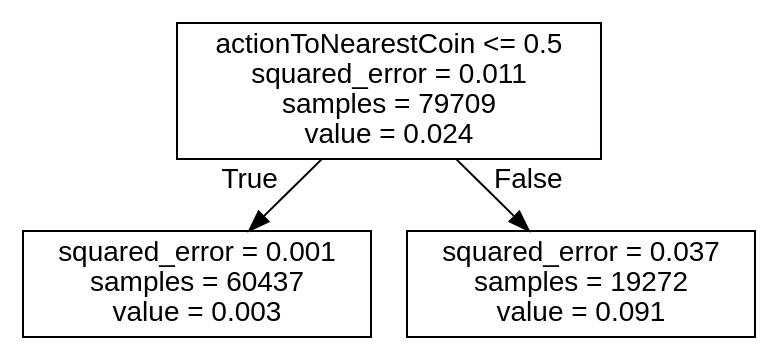
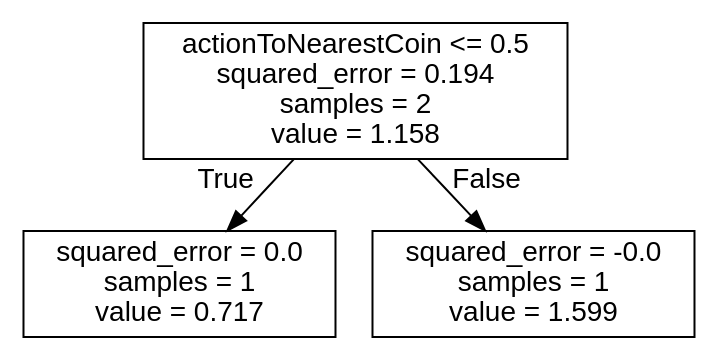
Before and after one commit to J-Gann/FML: the diagram in bomberman_rl/agent_code/my_agent/trees/UP.dot, drawn with Graphviz. The commit also changed 10 other files, not shown here.

```diff
--- a/bomberman_rl/agent_code/my_agent/trees/UP.dot
+++ b/bomberman_rl/agent_code/my_agent/trees/UP.dot
@@ -1,9 +1,9 @@
 digraph Tree {
 node [shape=box, fontname="helvetica"] ;
 edge [fontname="helvetica"] ;
-0 [label="actionToNearestCoin <= 0.5\nsquared_error = 0.011\nsamples = 79709\nvalue = 0.024"] ;
-1 [label="squared_error = 0.001\nsamples = 60437\nvalue = 0.003"] ;
+0 [label="actionToNearestCoin <= 0.5\nsquared_error = 0.194\nsamples = 2\nvalue = 1.158"] ;
+1 [label="squared_error = 0.0\nsamples = 1\nvalue = 0.717"] ;
 0 -> 1 [labeldistance=2.5, labelangle=45, headlabel="True"] ;
-2 [label="squared_error = 0.037\nsamples = 19272\nvalue = 0.091"] ;
+2 [label="squared_error = -0.0\nsamples = 1\nvalue = 1.599"] ;
 0 -> 2 [labeldistance=2.5, labelangle=-45, headlabel="False"] ;
 }
```
